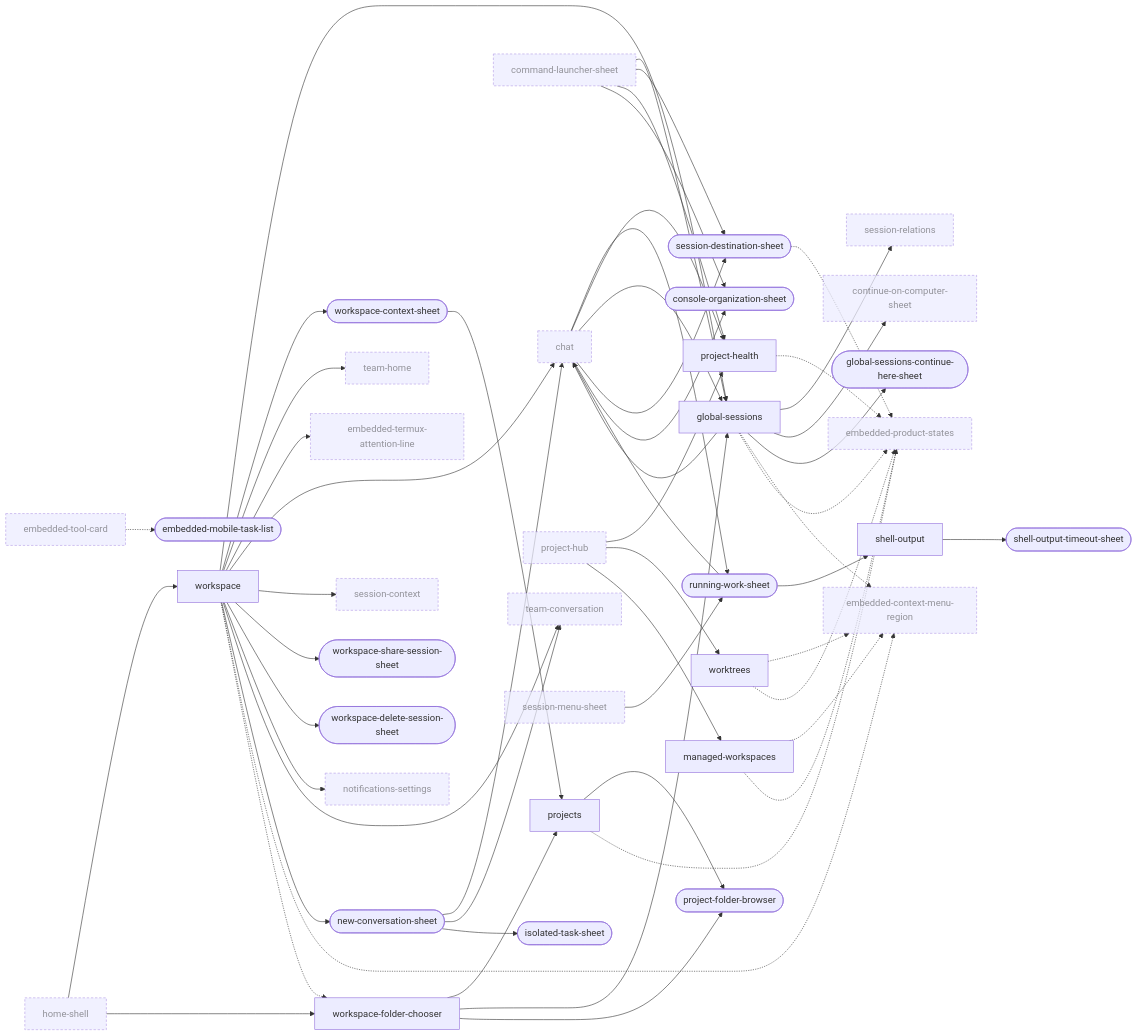
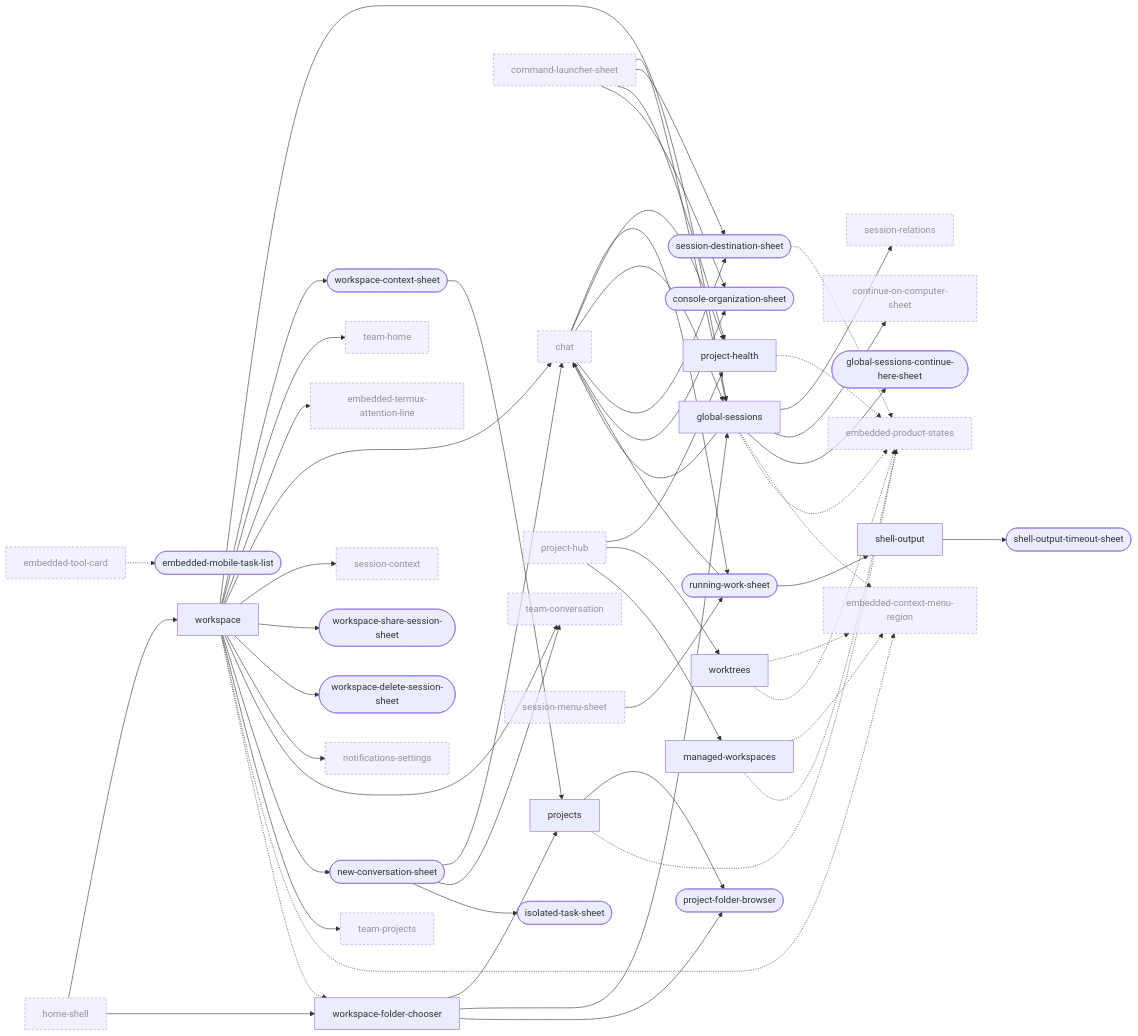
The third of 10 diagrams in docs/design/ui-ledger/navigation.md (Breskott/opencode-mobile-next), drawn with Mermaid before and after one commit. The commit also changed other lines of this file and 22 other files, not shown here.

```diff
--- a/docs/design/ui-ledger/navigation.md
+++ b/docs/design/ui-ledger/navigation.md
@@ -494,6 +496,7 @@
   shell_output_timeout_sheet(["shell-output-timeout-sheet"])
   team_conversation["team-conversation"]:::ext
   team_home["team-home"]:::ext
+  team_projects["team-projects"]:::ext
   workspace["workspace"]
   workspace_context_sheet(["workspace-context-sheet"])
   workspace_delete_session_sheet(["workspace-delete-session-sheet"])
@@ -518,6 +521,7 @@
   workspace --> notifications_settings
   workspace --> team_conversation
   workspace --> new_conversation_sheet
+  workspace --> team_projects
   workspace_folder_chooser --> projects
   workspace_folder_chooser --> global_sessions
   workspace_context_sheet --> projects
```
